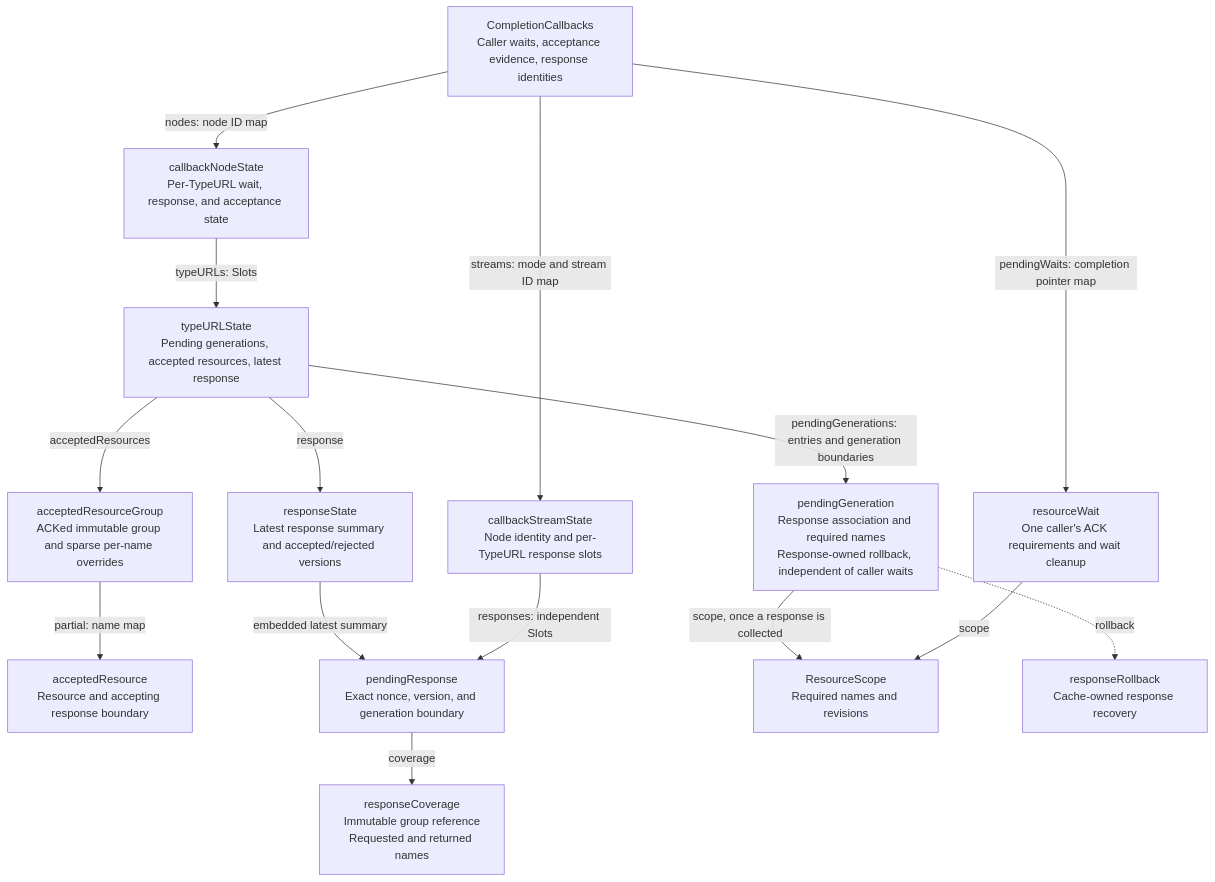
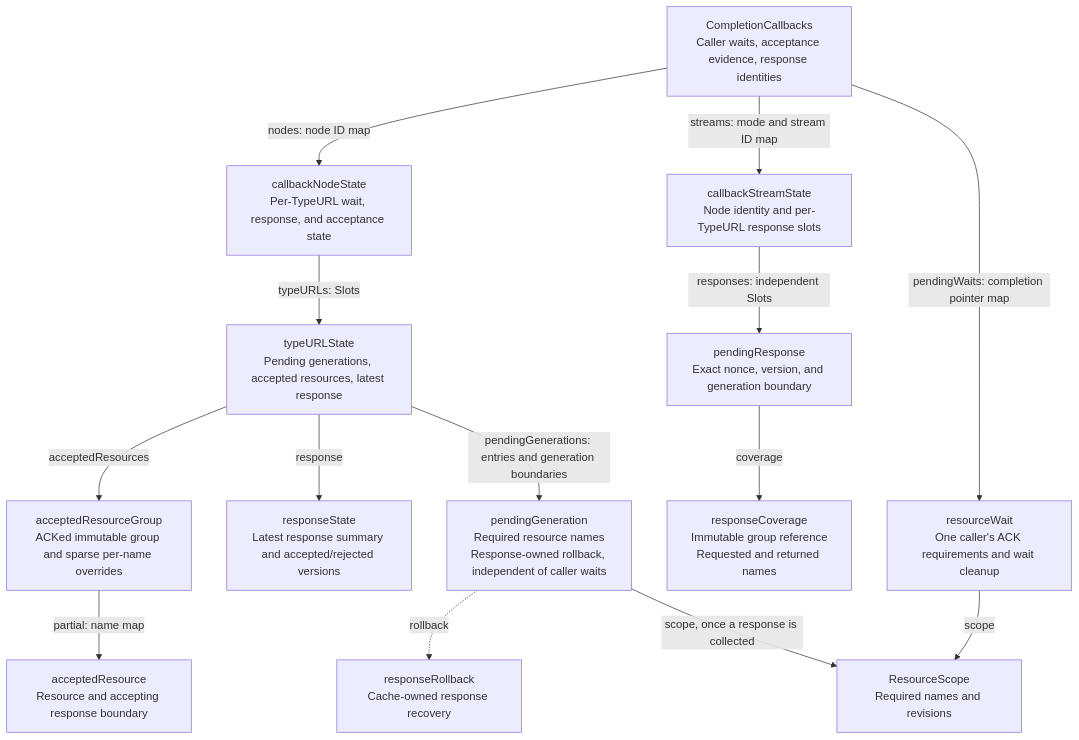
Before and after one commit to cilium/cilium: the third of 4 diagrams in pkg/envoy/xdsnew/design.md, drawn with Mermaid. The commit also changed other lines of this file and 9 other files, not shown here.

````diff
--- a/pkg/envoy/xdsnew/design.md
+++ b/pkg/envoy/xdsnew/design.md
@@ -339,31 +340,30 @@
 ```mermaid
 flowchart TD
     callbacks["CompletionCallbacks<br/>Caller waits, acceptance evidence, response identities"]
     node["callbackNodeState<br/>Per-TypeURL wait, response, and acceptance state"]
     types["typeURLState<br/>Pending generations, accepted resources, latest response"]
     accepted["acceptedResourceGroup<br/>ACKed immutable group and sparse per-name overrides"]
     override["acceptedResource<br/>Resource and accepting response boundary"]
     latest["responseState<br/>Latest response summary and accepted/rejected versions"]
-    generation["pendingGeneration<br/>Response association and required names<br/>Response-owned rollback, independent of caller waits"]
+    generation["pendingGeneration<br/>Required resource names<br/>Response-owned rollback, independent of caller waits"]
     stream["callbackStreamState<br/>Node identity and per-TypeURL response slots"]
     response["pendingResponse<br/>Exact nonce, version, and generation boundary"]
     coverage["responseCoverage<br/>Immutable group reference<br/>Requested and returned names"]
     wait["resourceWait<br/>One caller's ACK requirements and wait cleanup"]
     scope["ResourceScope<br/>Required names and revisions"]
     rollback["responseRollback<br/>Cache-owned response recovery"]
 
     callbacks -->|nodes: node ID map| node
     node -->|typeURLs: Slots| types
     types -->|acceptedResources| accepted
     accepted -->|partial: name map| override
     types -->|response| latest
-    latest -->|embedded latest summary| response
     types -->|pendingGenerations: entries and generation boundaries| generation
     generation -.->|rollback| rollback
     generation -->|scope, once a response is collected| scope
     callbacks -->|streams: mode and stream ID map| stream
     stream -->|responses: independent Slots| response
     response -->|coverage| coverage
     callbacks -->|pendingWaits: completion pointer map| wait
     wait -->|scope| scope
 ```
````
